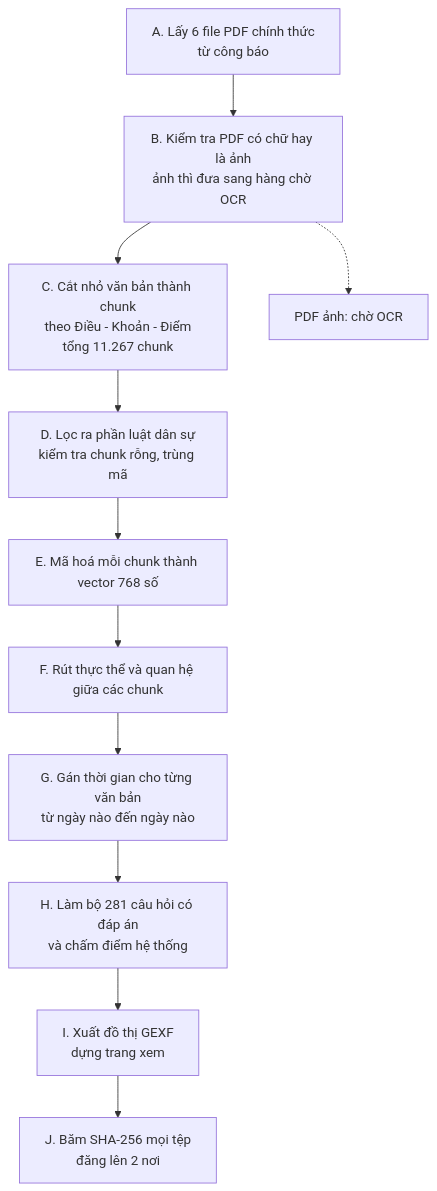
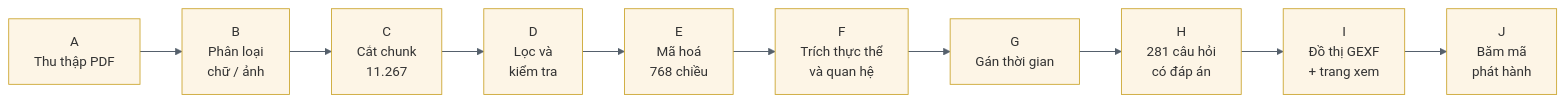
One commit to ntd25022006q/vicivil-tkg changed the diagram in docs/report/diagrams/pipeline.mmd. Above: the diagram before and after it, drawn with Mermaid. The commit also changed 30 other files, not shown here.

```diff
--- a/docs/report/diagrams/pipeline.mmd
+++ b/docs/report/diagrams/pipeline.mmd
@@ -1,14 +1,18 @@
-%% Sơ đồ quy trình xây dựng ViCivil-TKG.
-%% Vẽ bằng Mermaid: https://mermaid.js.org  (render: mmdc hoặc mermaid.live)
-%% Ngày vẽ: 19/10/2026 — mọi số liệu trong sơ đồ lấy từ tệp trong kho.
-flowchart TD
-    A["A. Lấy 6 file PDF chính thức<br/>từ công báo"] --> B["B. Kiểm tra PDF có chữ hay là ảnh<br/>ảnh thì đưa sang hàng chờ OCR"]
-    B --> C["C. Cắt nhỏ văn bản thành chunk<br/>theo Điều - Khoản - Điểm<br/>tổng 11.267 chunk"]
-    C --> D["D. Lọc ra phần luật dân sự<br/>kiểm tra chunk rỗng, trùng mã"]
-    D --> E["E. Mã hoá mỗi chunk thành vector 768 số"]
-    E --> F["F. Rút thực thể và quan hệ giữa các chunk"]
-    F --> G["G. Gán thời gian cho từng văn bản<br/>từ ngày nào đến ngày nào"]
-    G --> H["H. Làm bộ 281 câu hỏi có đáp án<br/>và chấm điểm hệ thống"]
-    H --> I["I. Xuất đồ thị GEXF<br/>dựng trang xem"]
-    I --> J["J. Băm SHA-256 mọi tệp<br/>đăng lên 2 nơi"]
-    B -.-> X["PDF ảnh: chờ OCR"]
+%% Sơ đồ quy trình xây dựng ViCivil-TKG - dải nhìn tổng quan.
+%% Vẽ bằng Mermaid: https://mermaid.js.org  (render: mermaid.live hoặc mmdc)
+%% Ngày vẽ: 20/10/2026 - chi tiết từng bước nằm trong bảng báo cáo.
+flowchart LR
+    A["A<br/>Thu thập PDF"] --> B["B<br/>Phân loại<br/>chữ / ảnh"] --> C["C<br/>Cắt chunk<br/>11.267"] --> D["D<br/>Lọc và<br/>kiểm tra"] --> E["E<br/>Mã hoá<br/>768 chiều"]
+    E --> F["F<br/>Trích thực thể<br/>và quan hệ"] --> G["G<br/>Gán thời gian"] --> H["H<br/>281 câu hỏi<br/>có đáp án"] --> I["I<br/>Đồ thị GEXF<br/>+ trang xem"] --> J["J<br/>Băm mã<br/>phát hành"]
+
+    style A fill:#fdf5e6,stroke:#c9a227
+    style B fill:#fdf5e6,stroke:#c9a227
+    style C fill:#fdf5e6,stroke:#c9a227
+    style D fill:#fdf5e6,stroke:#c9a227
+    style E fill:#fdf5e6,stroke:#c9a227
+    style F fill:#fdf5e6,stroke:#c9a227
+    style G fill:#fdf5e6,stroke:#c9a227
+    style H fill:#fdf5e6,stroke:#c9a227
+    style I fill:#fdf5e6,stroke:#c9a227
+    style J fill:#fdf5e6,stroke:#c9a227
+    linkStyle default stroke:#55606c,stroke-width:1.2px
```
